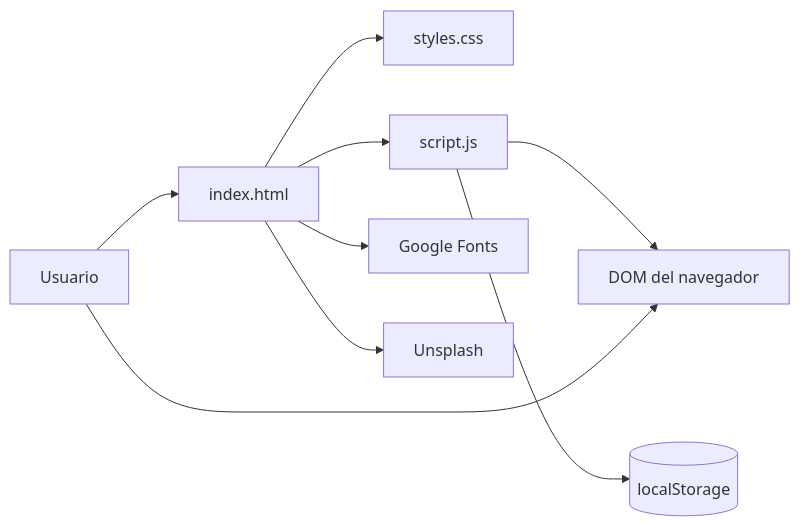
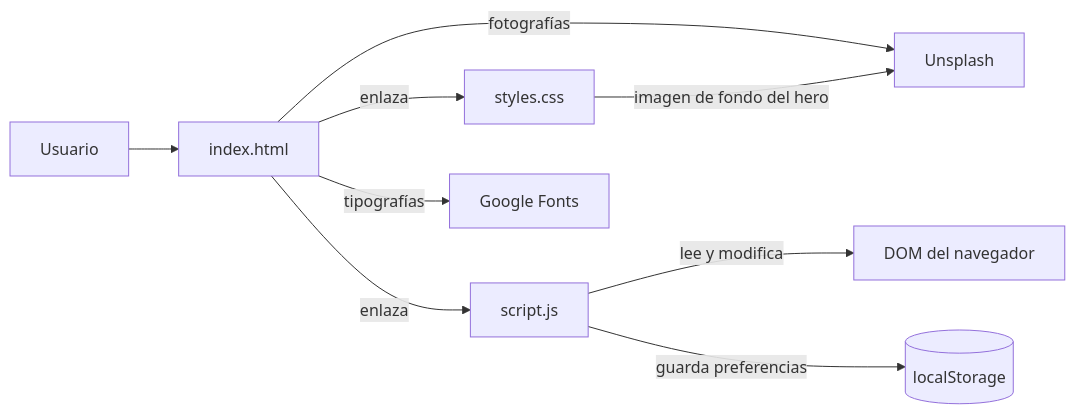
Before and after one commit to Campriet03/Pagina-web-GOALSTUDIO: the first of 3 diagrams in README.md, drawn with Mermaid. The commit also changed other lines of this file, not shown here.

````diff
--- a/README.md
+++ b/README.md
@@ -72,20 +84,11 @@
 ```mermaid
 flowchart LR
-    Usuario[Usuario]
-    HTML[index.html]
-    CSS[styles.css]
-    JS[script.js]
-    DOM[DOM del navegador]
-    Storage[(localStorage)]
-    Fonts[Google Fonts]
-    Images[Unsplash]
-
-    Usuario --> HTML
-    HTML --> CSS
-    HTML --> JS
-    JS --> DOM
-    JS --> Storage
-    HTML --> Fonts
-    HTML --> Images
-    Usuario --> DOM
+    U["Usuario"] --> HTML["index.html"]
+    HTML -->|"enlaza"| CSS["styles.css"]
+    HTML -->|"enlaza"| JS["script.js"]
+    HTML -->|"tipografías"| GF["Google Fonts"]
+    HTML -->|"fotografías"| UN["Unsplash"]
+    CSS -->|"imagen de fondo del hero"| UN
+    JS -->|"lee y modifica"| DOM["DOM del navegador"]
+    JS -->|"guarda preferencias"| LS[("localStorage")]
 ```
````
